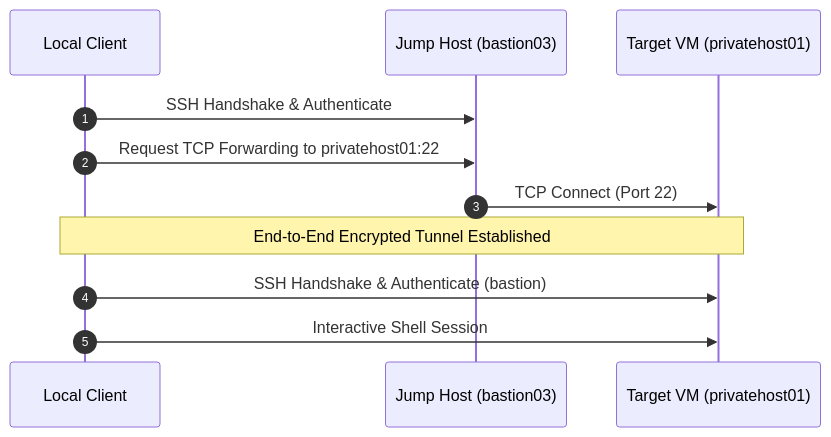
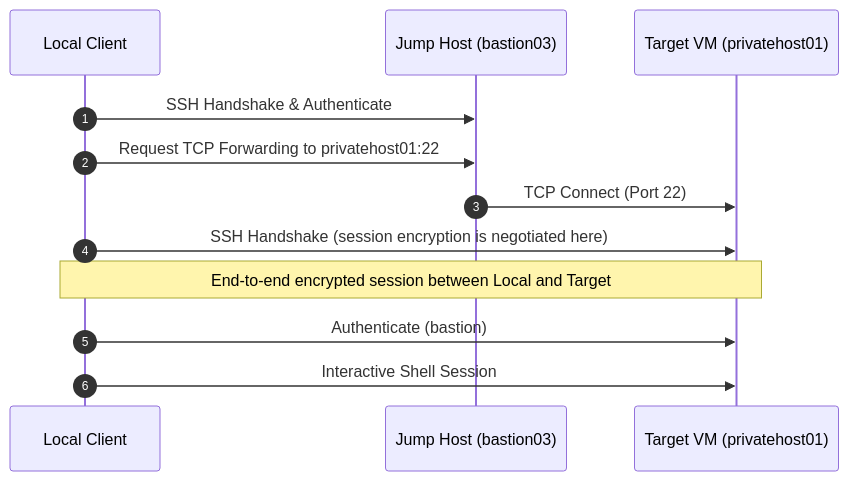
One commit to jose-oc/joseoc-dev changed the second of 2 diagrams in src/content/en/how-to/ssh-jump-host.md. Above: the diagram before and after it, drawn with Mermaid. The commit also changed other lines of this file and 1 other file, not shown here.

First line of the commit message:
Corrige la guía de SSH jump host según la revisión técnica

````diff
--- a/src/content/en/how-to/ssh-jump-host.md
+++ b/src/content/en/how-to/ssh-jump-host.md
@@ -124,14 +75,15 @@
 ```mermaid
 sequenceDiagram
     autonumber
     participant Local as Local Client
     participant Jump as Jump Host (bastion03)
     participant Target as Target VM (privatehost01)
 
     Local->>Jump: SSH Handshake & Authenticate
     Local->>Jump: Request TCP Forwarding to privatehost01:22
     Jump->>Target: TCP Connect (Port 22)
-    Note over Local,Target: End-to-End Encrypted Tunnel Established
-    Local->>Target: SSH Handshake & Authenticate (bastion)
+    Local->>Target: SSH Handshake (session encryption is negotiated here)
+    Note over Local,Target: End-to-end encrypted session between Local and Target
+    Local->>Target: Authenticate (bastion)
     Local->>Target: Interactive Shell Session
 ```
````
